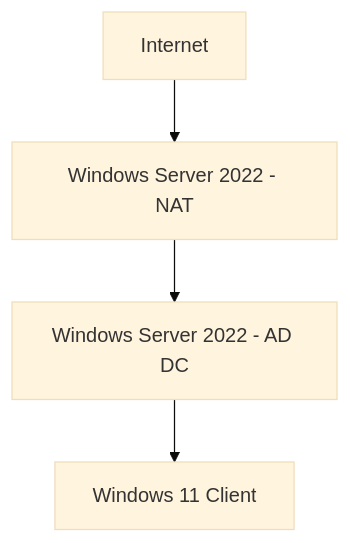
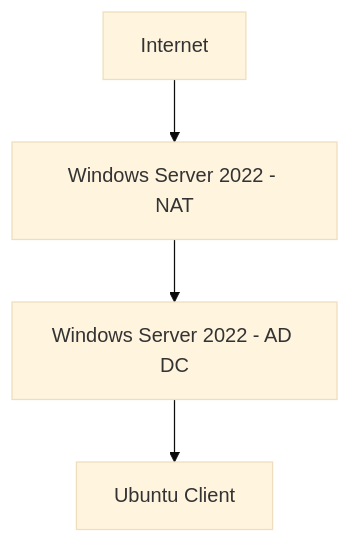
The diagram in README.md (amanueltesfagiorgis123/Active-Directory-and-Powershell-Automation-Lab), drawn with Mermaid (base theme) before and after one commit. The commit also changed other lines of this file, not shown here.

````diff
--- a/README.md
+++ b/README.md
@@ -5,6 +5,6 @@
 ```mermaid
 graph TD
     A[Internet] --> B[Windows Server 2022 - NAT]
     B --> C[Windows Server 2022 - AD DC]
-    C --> D[Windows 11 Client]
+    C --> D[Ubuntu Client]
 ```
````
